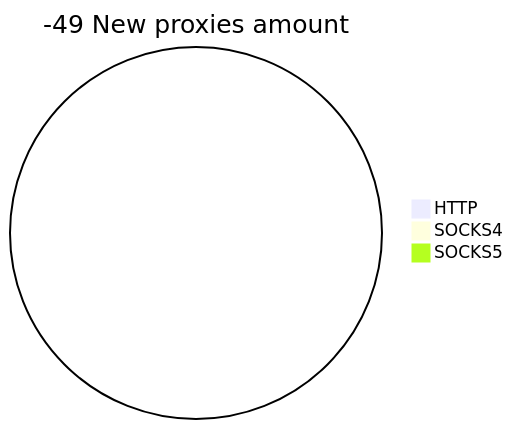
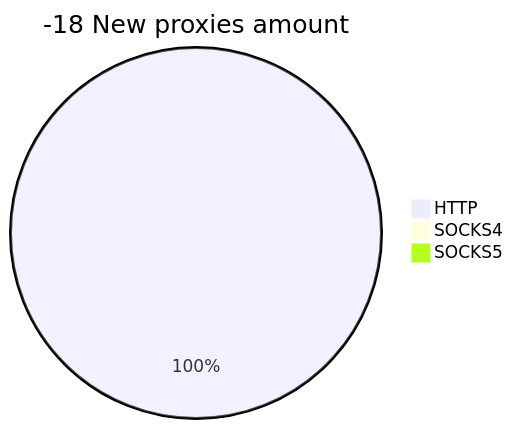
The second of 2 diagrams in README.md (cutipu/proxylist), drawn with Mermaid before and after one commit. The commit also changed other lines of this file, not shown here.

````diff
--- a/README.md
+++ b/README.md
@@ -10,6 +10,6 @@
 ```mermaid
-pie title -49 New proxies amount
-    "HTTP" : 0
+pie title -18 New proxies amount
+    "HTTP" : 50
     "SOCKS4" : 0
     "SOCKS5" : 0
 ```
````
